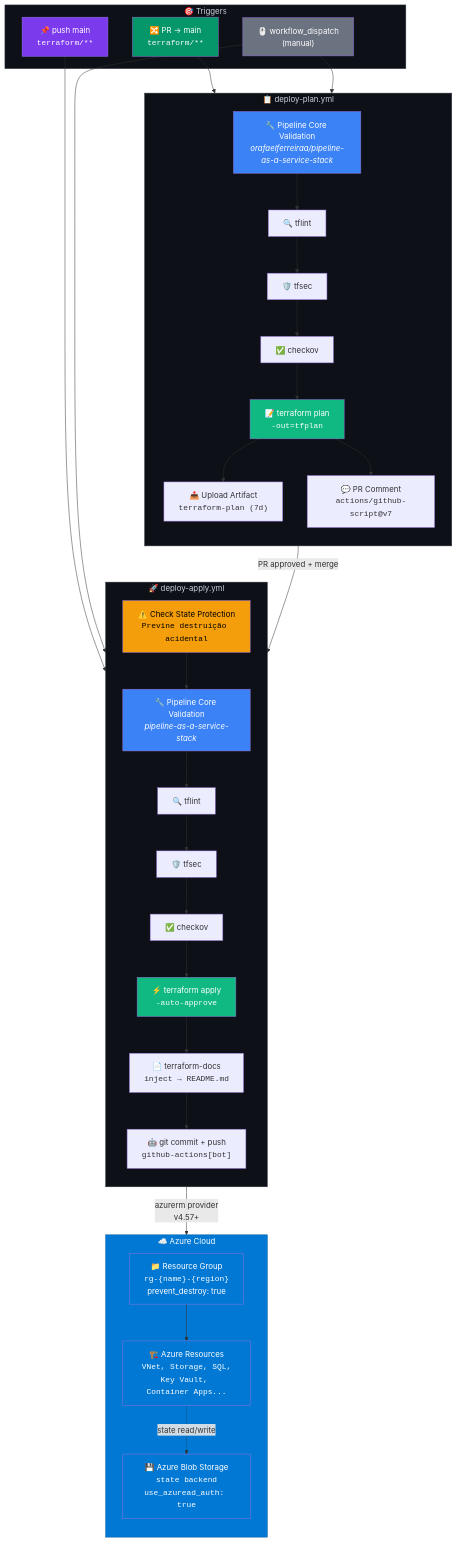
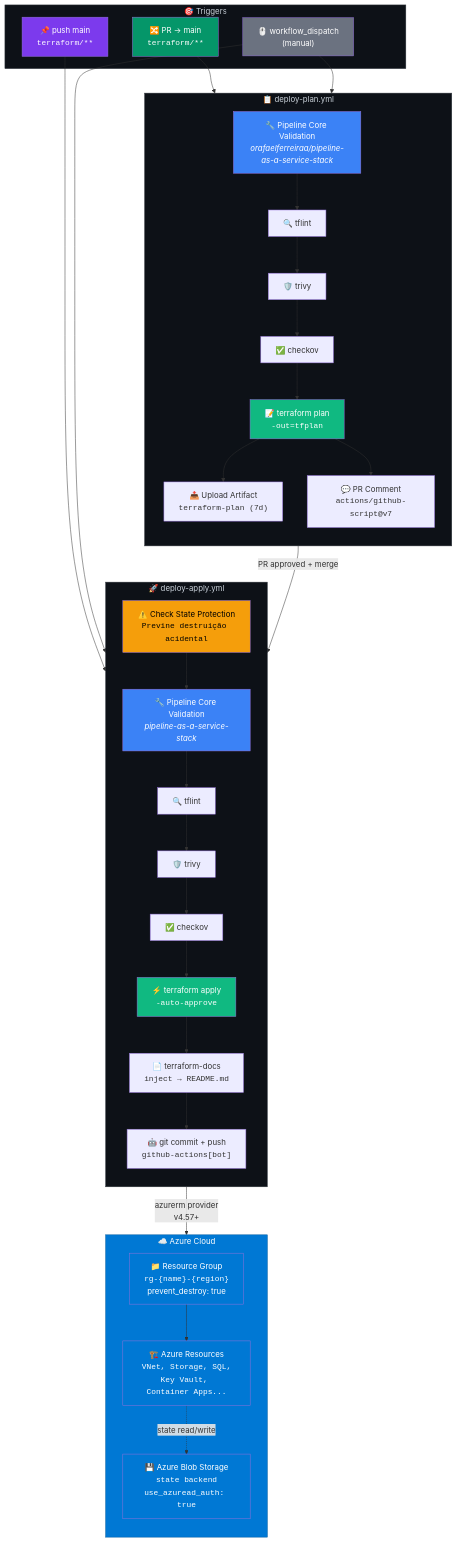
Before and after one commit to orafaelferreiraa/platform-as-a-service-stack: the second of 3 diagrams in README.md, drawn with Mermaid. The commit also changed other lines of this file and 13 other files, not shown here.

````diff
--- a/README.md
+++ b/README.md
@@ -310,65 +321,65 @@
 ```mermaid
 flowchart TB
     subgraph trigger["🎯 Triggers"]
         pr_create["🔀 PR → main<br/><code>terraform/**</code>"]
         push_main["📌 push main<br/><code>terraform/**</code>"]
         wf_dispatch["🖱️ workflow_dispatch<br/>(manual)</code>"]
     end
 
     subgraph plan_wf["📋 deploy-plan.yml"]
         direction TB
         plan_core["🔧 Pipeline Core Validation<br/><i>orafaelferreiraa/pipeline-as-a-service-stack</i>"]
         plan_core --> tflint_p["🔍 tflint"]
-        tflint_p --> tfsec_p["🛡️ tfsec"]
-        tfsec_p --> checkov_p["✅ checkov"]
+        tflint_p --> trivy_p["🛡️ trivy"]
+        trivy_p --> checkov_p["✅ checkov"]
         checkov_p --> tf_plan["📝 terraform plan<br/><code>-out=tfplan</code>"]
         tf_plan --> plan_artifact["📤 Upload Artifact<br/><code>terraform-plan (7d)</code>"]
         tf_plan --> pr_comment["💬 PR Comment<br/><code>actions/github-script@v7</code>"]
     end
 
     subgraph apply_wf["🚀 deploy-apply.yml"]
         direction TB
         apply_check["⚠️ Check State Protection<br/><code>Previne destruição acidental</code>"]
         apply_core["🔧 Pipeline Core Validation<br/><i>pipeline-as-a-service-stack</i>"]
         apply_check --> apply_core
         apply_core --> tflint_a["🔍 tflint"]
-        tflint_a --> tfsec_a["🛡️ tfsec"]
-        tfsec_a --> checkov_a["✅ checkov"]
+        tflint_a --> trivy_a["🛡️ trivy"]
+        trivy_a --> checkov_a["✅ checkov"]
         checkov_a --> tf_apply["⚡ terraform apply<br/><code>-auto-approve</code>"]
         tf_apply --> tfdocs["📄 terraform-docs<br/><code>inject → README.md</code>"]
         tfdocs --> docs_commit["🤖 git commit + push<br/><code>github-actions[bot]</code>"]
     end
 
     subgraph azure["☁️ Azure Cloud"]
         direction TB
         rg["📁 Resource Group<br/><code>rg-{name}-{region}</code><br/>prevent_destroy: true"]
         state["💾 Azure Blob Storage<br/><code>state backend<br/>use_azuread_auth: true</code>"]
         resources["🏗️ Azure Resources<br/><code>VNet, Storage, SQL,<br/>Key Vault, Container Apps...</code>"]
         rg --> resources
         resources -.->|"state read/write"| state
     end
 
     pr_create --> plan_wf
     push_main --> apply_wf
     wf_dispatch --> plan_wf
     wf_dispatch --> apply_wf
     
     plan_wf -->|"PR approved + merge"| apply_wf
     apply_wf -->|"azurerm provider<br/>v4.57+"| azure
 
     style trigger fill:#0d1117,color:#c9d1d9,stroke:#30363d
     style plan_wf fill:#0d1117,color:#c9d1d9,stroke:#30363d
     style apply_wf fill:#0d1117,color:#c9d1d9,stroke:#30363d
     style azure fill:#0078D4,color:#fff,stroke:#005a9e
     style pr_create fill:#059669,color:#fff
     style push_main fill:#7c3aed,color:#fff
     style wf_dispatch fill:#6b7280,color:#fff
     style plan_core fill:#3b82f6,color:#fff
     style apply_core fill:#3b82f6,color:#fff
     style apply_check fill:#f59e0b,color:#000
     style tf_apply fill:#10b981,color:#fff
     style tf_plan fill:#10b981,color:#fff
     style rg fill:#0078D4,color:#fff
     style resources fill:#0078D4,color:#fff
     style state fill:#0078D4,color:#fff
 ```
````
